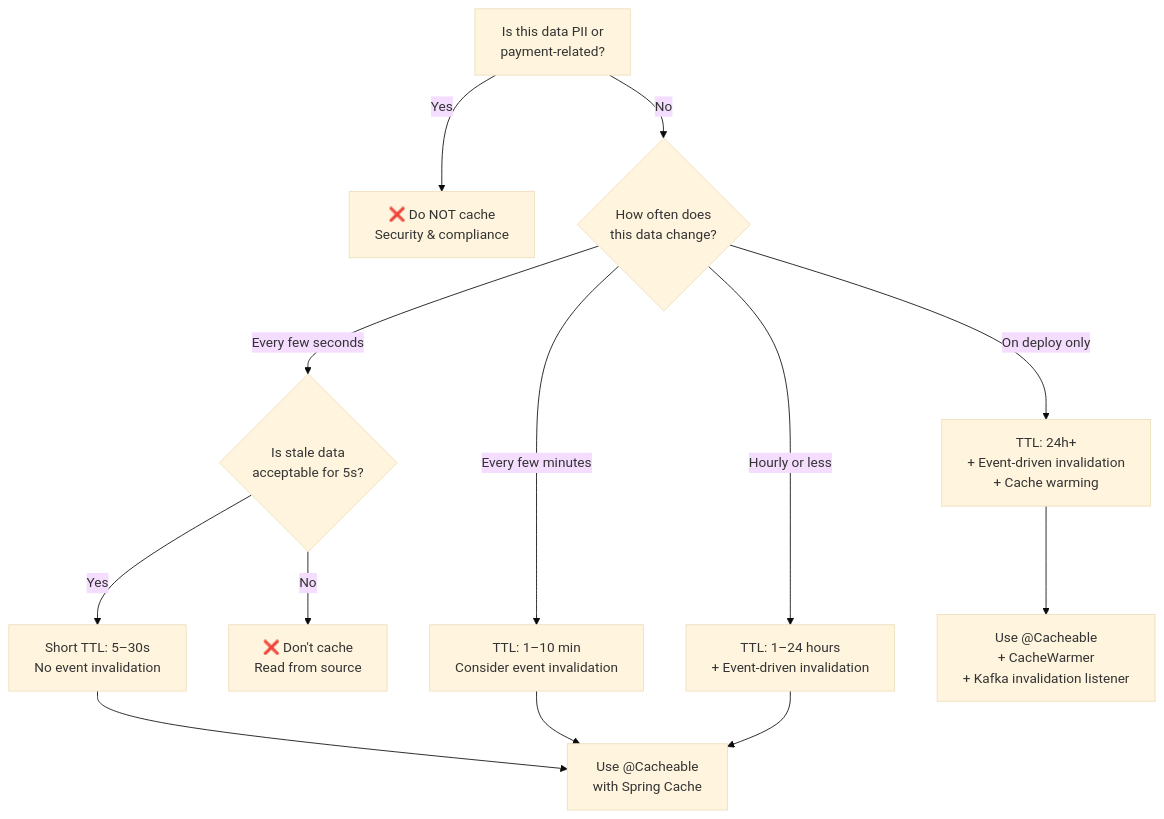
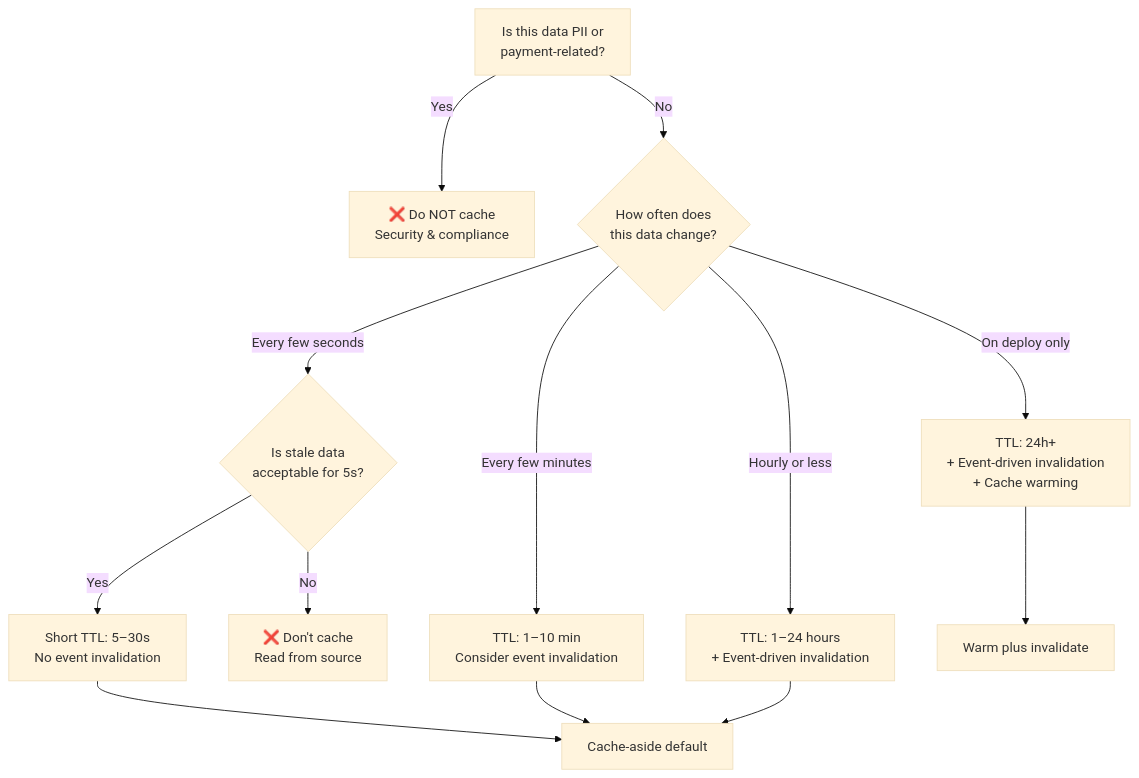
Before and after one commit to rishikeshdhokare/platform-manifesto: the fourth of 4 diagrams in 06-developer-guides/08-cache-patterns.md, drawn with Mermaid (base theme). The commit also changed other lines of this file and 64 other files, not shown here.

````diff
--- a/06-developer-guides/08-cache-patterns.md
+++ b/06-developer-guides/08-cache-patterns.md
@@ -487,21 +489,21 @@
 ```mermaid
 flowchart TD
     A[Is this data PII or\npayment-related?] -->|Yes| B[❌ Do NOT cache\nSecurity & compliance]
     A -->|No| C{How often does\nthis data change?}
 
     C -->|Every few seconds| D{Is stale data\nacceptable for 5s?}
     D -->|Yes| E[Short TTL: 5–30s\nNo event invalidation]
     D -->|No| F[❌ Don't cache\nRead from source]
 
     C -->|Every few minutes| G[TTL: 1–10 min\nConsider event invalidation]
 
     C -->|Hourly or less| H[TTL: 1–24 hours\n+ Event-driven invalidation]
 
     C -->|On deploy only| I[TTL: 24h+\n+ Event-driven invalidation\n+ Cache warming]
 
-    E --> J[Use @Cacheable\nwith Spring Cache]
+    E --> J[Cache-aside default]
     G --> J
     H --> J
-    I --> K[Use @Cacheable\n+ CacheWarmer\n+ Kafka invalidation listener]
+    I --> K[Warm plus invalidate]
 
 ```
````
